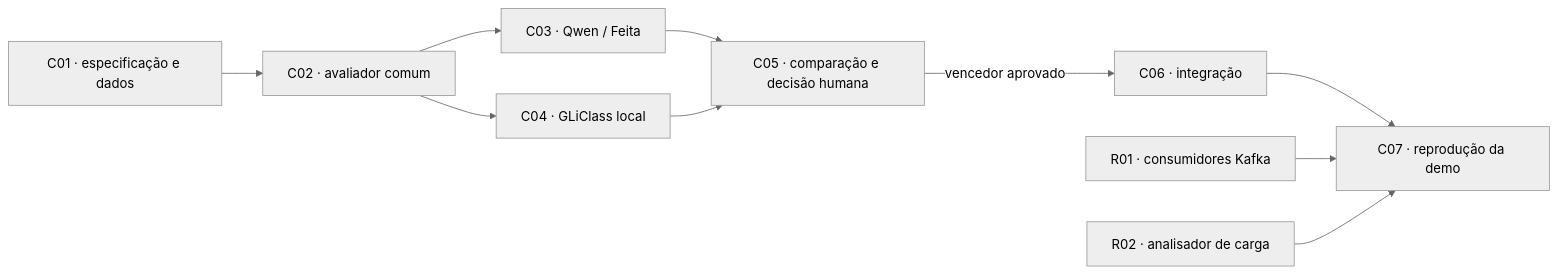
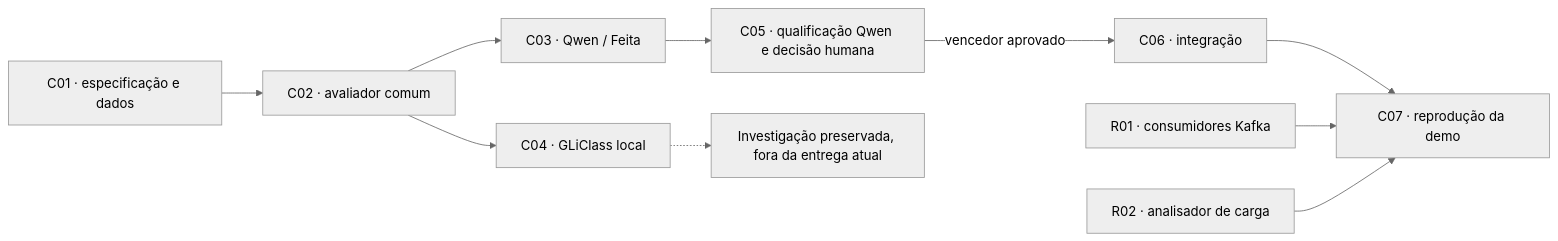
One commit to leeunam/case-CLOUDWALK-IA changed the diagram in docs/planejamento/classificacao-comparativa/README.md. Above: the diagram before and after it, drawn with Mermaid (neutral theme). The commit also changed other lines of this file and 11 other files, not shown here.

Commit message:
docs: direcione a C05 para qualificação do Qwen

````diff
--- a/docs/planejamento/classificacao-comparativa/README.md
+++ b/docs/planejamento/classificacao-comparativa/README.md
@@ -53,12 +57,12 @@
 ```mermaid
 flowchart LR
   C01["C01 · especificação e dados"] --> C02["C02 · avaliador comum"]
   C02 --> C03["C03 · Qwen / Feita"]
   C02 --> C04["C04 · GLiClass local"]
-  C03 --> C05["C05 · comparação e decisão humana"]
-  C04 --> C05
+  C03 --> C05["C05 · qualificação Qwen e decisão humana"]
+  C04 -.-> H["Investigação preservada, fora da entrega atual"]
   C05 -->|"vencedor aprovado"| C06["C06 · integração"]
   C06 --> C07["C07 · reprodução da demo"]
   R01["R01 · consumidores Kafka"] --> C07
   R02["R02 · analisador de carga"] --> C07
 ```
````
